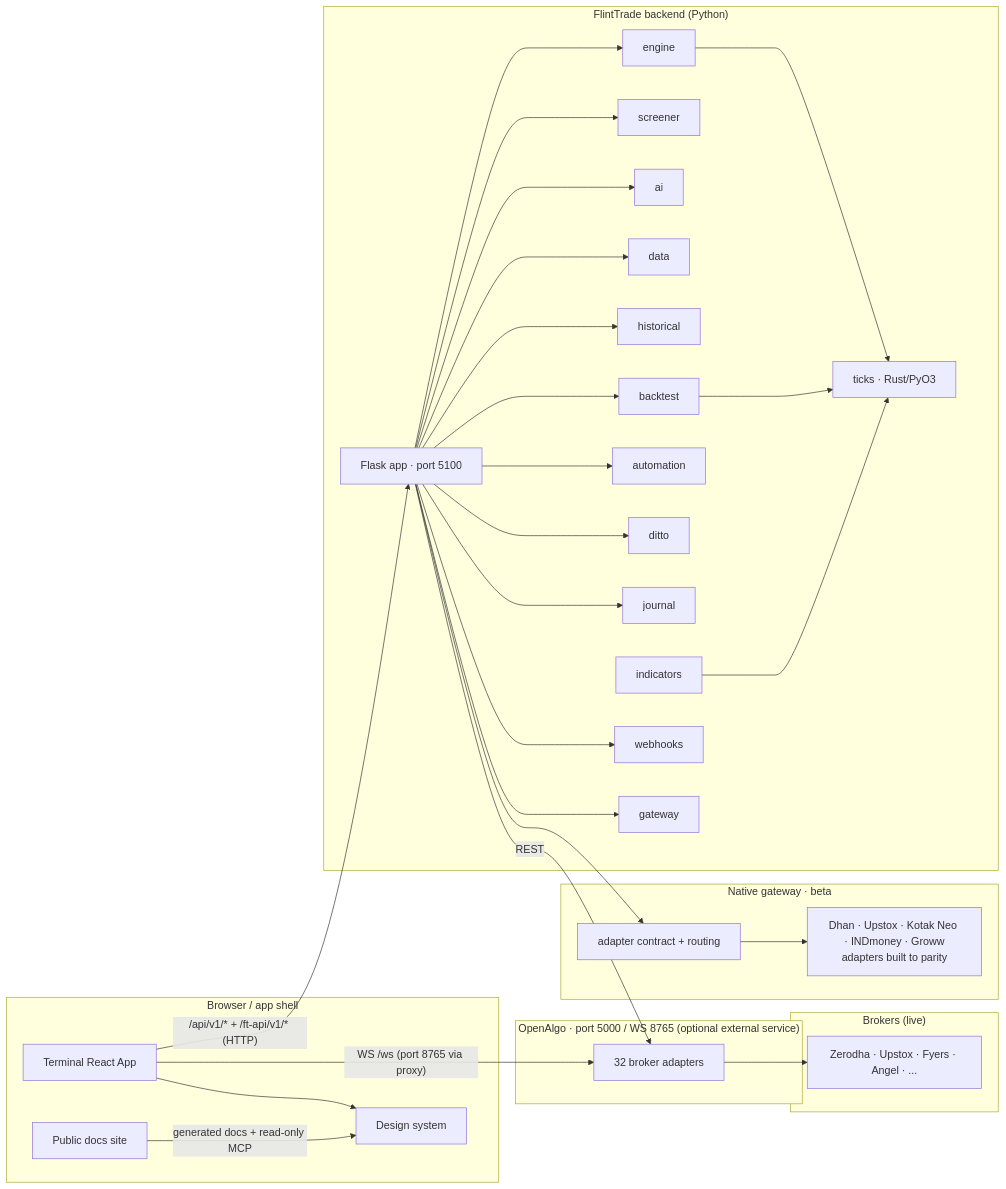
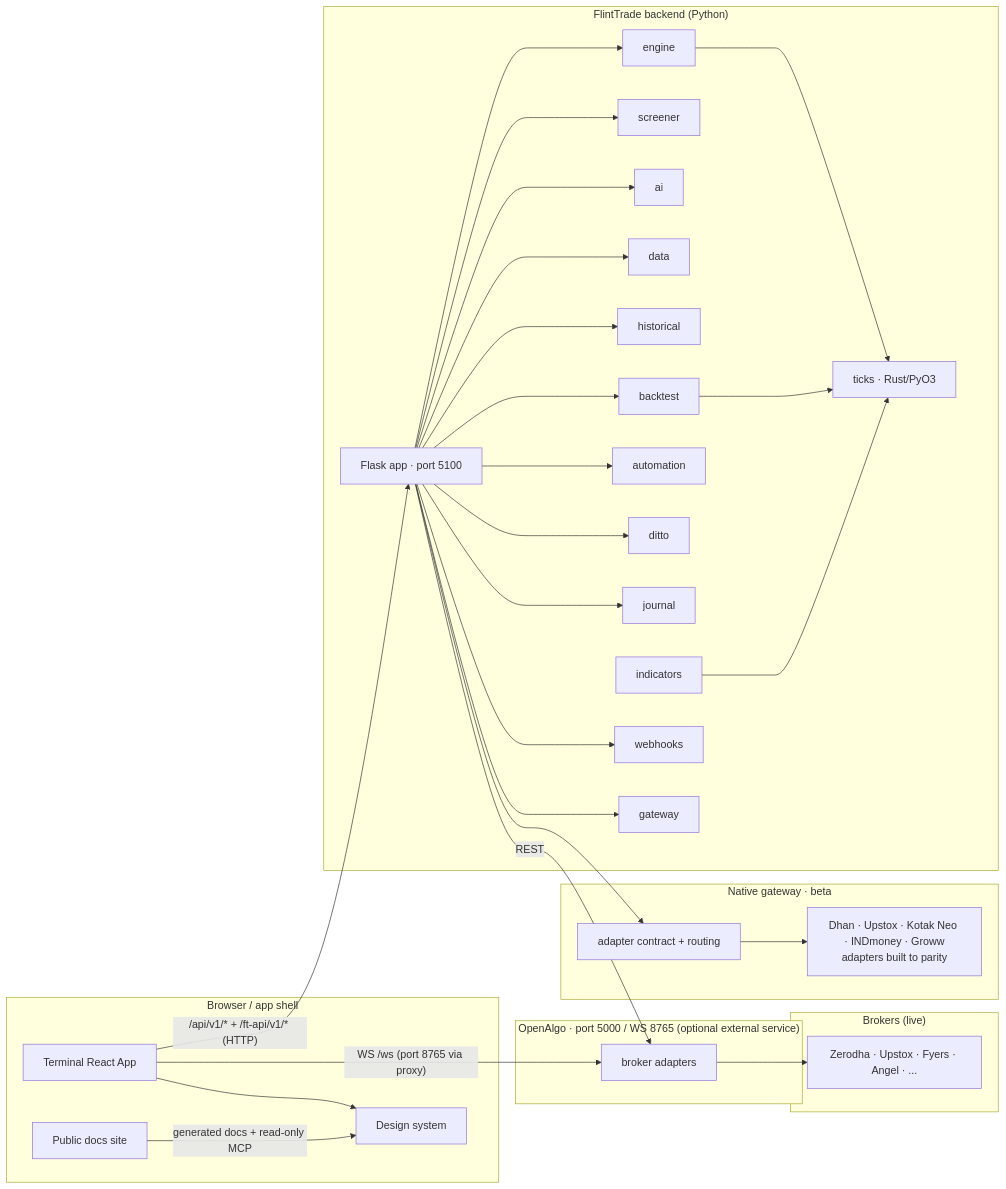
Before and after one commit to navaneeshnagarajan/FlintTrade: the first of 5 diagrams in docs/ARCHITECTURE.md, drawn with Mermaid. The commit also changed other lines of this file and 16 other files, not shown here.

````diff
--- a/docs/ARCHITECTURE.md
+++ b/docs/ARCHITECTURE.md
@@ -17,61 +17,61 @@
 ```mermaid
 flowchart LR
     subgraph Browser["Browser / app shell"]
         T[Terminal React App]
         SITE[Public docs site]
         DS[Design system]
     end
 
     subgraph Backend["FlintTrade backend (Python)"]
         F[Flask app · port 5100]
         E[engine]
         S[screener]
         AI[ai]
         D[data]
         H[historical]
         BT[backtest]
         AUT[automation]
         DIT[ditto]
         JNL[journal]
         IND[indicators]
         ING[webhooks]
         GW[gateway]
         TICK[ticks · Rust/PyO3]
     end
 
     subgraph NativeGateway["Native gateway · beta"]
         NGA[adapter contract + routing]
         DHAN[Dhan · Upstox · Kotak Neo · INDmoney · Groww<br/>adapters built to parity]
     end
 
     subgraph OpenAlgo["OpenAlgo · port 5000 / WS 8765 (optional external service)"]
-        OA[32 broker adapters]
+        OA[broker adapters]
     end
 
     subgraph Brokers["Brokers (live)"]
         B1[Zerodha · Upstox · Fyers · Angel · ...]
     end
 
     T -- "/api/v1/* + /ft-api/v1/* (HTTP)" --> F
     T -- "WS /ws (port 8765 via proxy)" --> OA
     SITE -- "generated docs + read-only MCP" --> DS
     T --> DS
     F --> E
     F --> S
     F --> AI
     F --> D
     F --> H
     F --> BT
     F --> AUT
     F --> DIT
     F --> JNL
     F --> ING
     F --> GW
     E --> TICK
     BT --> TICK
     IND --> TICK
     F --> NGA
     NGA --> DHAN
     F -- "REST" --> OA
     OA --> B1
 ```
````
